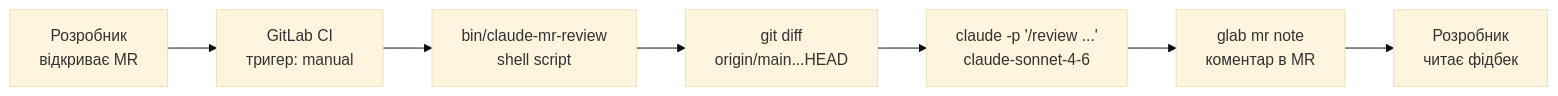
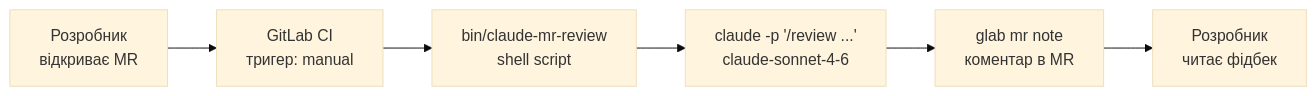
Before and after one commit to b-vadym/ai-and-dev-2026: the diagram in slides.md, drawn with Mermaid (base theme). The commit also changed other lines of this file, not shown here.

Commit message:
Refactor AI Code Review section for clarity and add project examples

````diff
--- a/slides.md
+++ b/slides.md
@@ -1784,9 +1784,8 @@
 ```mermaid
 graph LR
     Dev["Розробник<br/>відкриває MR"] --> CI["GitLab CI<br/>тригер: manual"]
     CI --> Script["bin/claude-mr-review<br/>shell script"]
-    Script --> Diff["git diff<br/>origin/main...HEAD"]
-    Diff --> Claude["claude -p '/review ...'<br/>claude-sonnet-4-6"]
+    Script --> Claude["claude -p '/review ...'<br/>claude-sonnet-4-6"]
     Claude --> Comment["glab mr note<br/>коментар в MR"]
     Comment --> Dev2["Розробник<br/>читає фідбек"]
 ```
````
